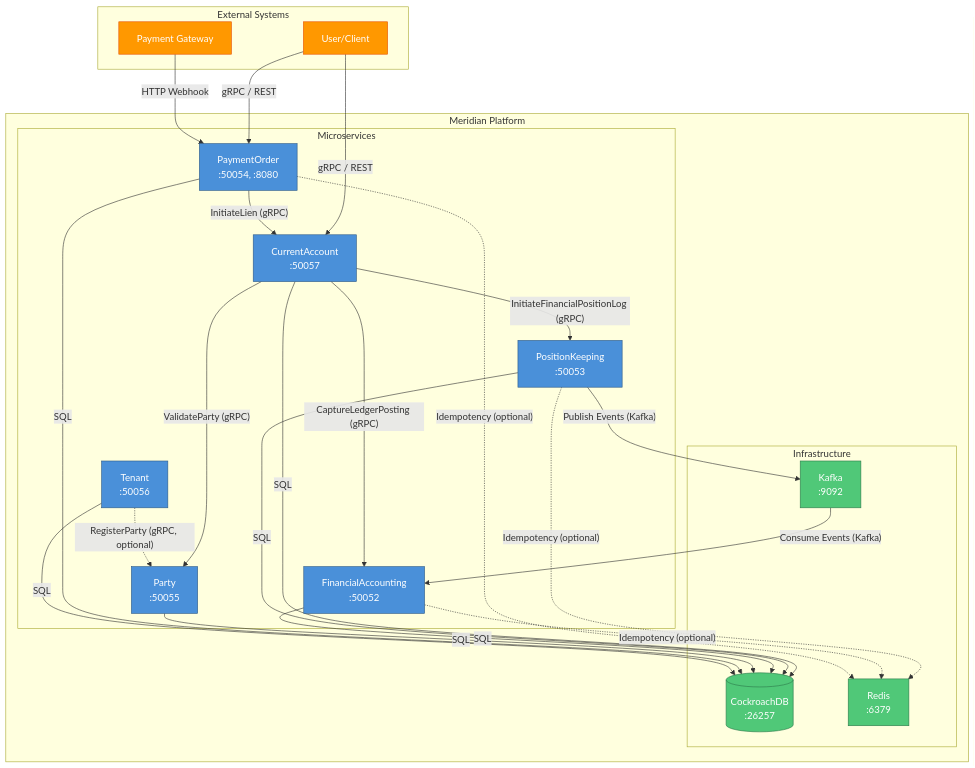
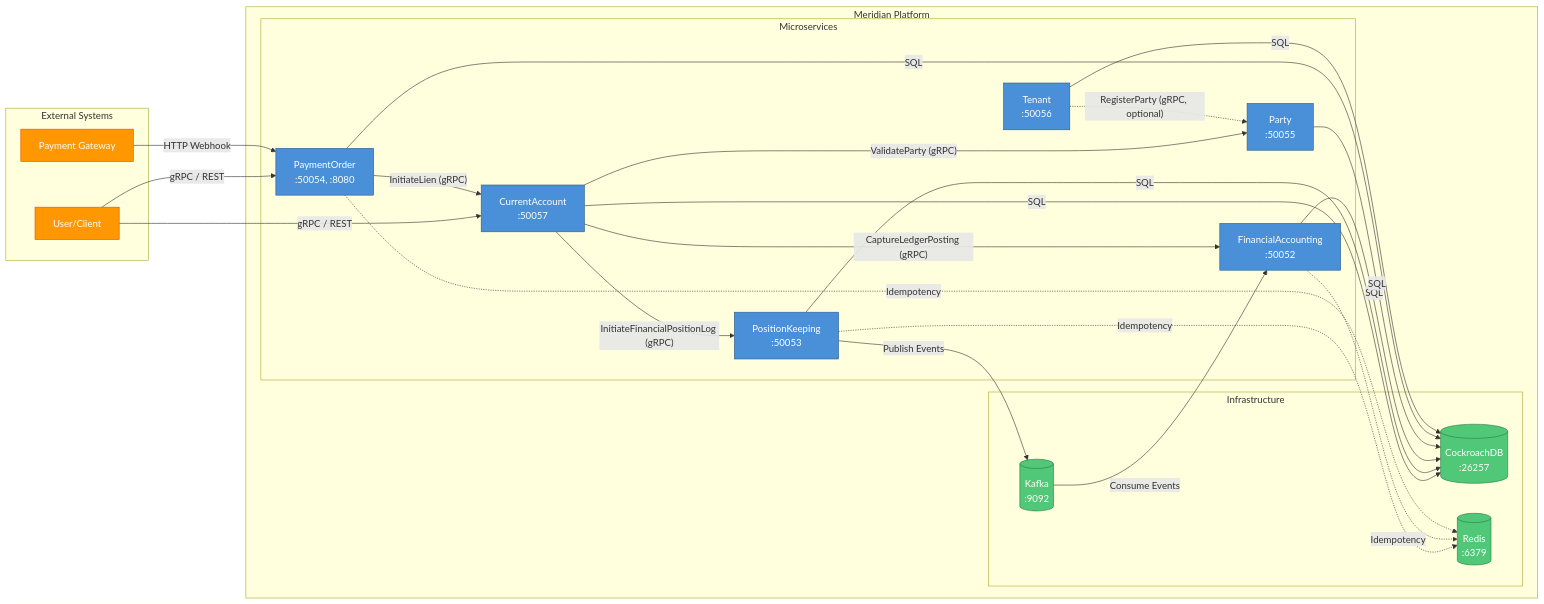
Before and after one commit to meridianhub/meridian: the diagram in services/README.md, drawn with Mermaid. The commit also changed other lines of this file, not shown here.

First line of the commit message:
docs: Add audit outbox status and cylinder shapes for storage

````diff
--- a/services/README.md
+++ b/services/README.md
@@ -10,61 +10,61 @@
 ```mermaid
-flowchart TB
+flowchart LR
     subgraph External["External Systems"]
         User["User/Client"]
         Gateway["Payment Gateway"]
     end
 
     subgraph Platform["Meridian Platform"]
         subgraph Services["Microservices"]
             CA["CurrentAccount<br/>:50057"]
             PK["PositionKeeping<br/>:50053"]
             FA["FinancialAccounting<br/>:50052"]
             Party["Party<br/>:50055"]
             PO["PaymentOrder<br/>:50054, :8080"]
             Tenant["Tenant<br/>:50056"]
         end
 
         subgraph Infrastructure["Infrastructure"]
             DB[("CockroachDB<br/>:26257")]
-            Kafka["Kafka<br/>:9092"]
-            Redis["Redis<br/>:6379"]
+            Kafka[("Kafka<br/>:9092")]
+            Redis[("Redis<br/>:6379")]
         end
     end
 
     %% External connections
     User -->|"gRPC / REST"| CA
     User -->|"gRPC / REST"| PO
     Gateway -->|"HTTP Webhook"| PO
 
     %% gRPC inter-service calls
     CA -->|"ValidateParty (gRPC)"| Party
     CA -->|"InitiateFinancialPositionLog (gRPC)"| PK
     CA -->|"CaptureLedgerPosting (gRPC)"| FA
     PO -->|"InitiateLien (gRPC)"| CA
     Tenant -.->|"RegisterParty (gRPC, optional)"| Party
 
     %% Kafka event streaming
-    PK -->|"Publish Events (Kafka)"| Kafka
-    Kafka -->|"Consume Events (Kafka)"| FA
+    PK -->|"Publish Events"| Kafka
+    Kafka -->|"Consume Events"| FA
 
     %% Database connections
     CA -->|"SQL"| DB
     PK -->|"SQL"| DB
     FA -->|"SQL"| DB
     Party -->|"SQL"| DB
     PO -->|"SQL"| DB
     Tenant -->|"SQL"| DB
 
     %% Redis (optional idempotency)
-    PK -.->|"Idempotency (optional)"| Redis
-    FA -.->|"Idempotency (optional)"| Redis
-    PO -.->|"Idempotency (optional)"| Redis
+    PK -.->|"Idempotency"| Redis
+    FA -.->|"Idempotency"| Redis
+    PO -.->|"Idempotency"| Redis
 
     classDef service fill:#4a90d9,stroke:#2d5a87,color:#fff
-    classDef infra fill:#50c878,stroke:#2d7a4a,color:#fff
+    classDef storage fill:#50c878,stroke:#2d7a4a,color:#fff
     classDef external fill:#ff9800,stroke:#e65100,color:#fff
 
     class CA,PK,FA,Party,PO,Tenant service
-    class DB,Kafka,Redis infra
+    class DB,Kafka,Redis storage
     class User,Gateway external
 ```
````
